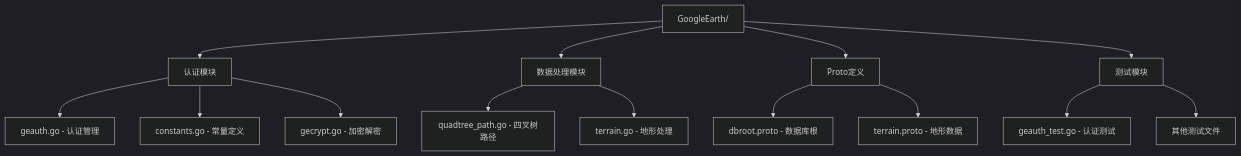
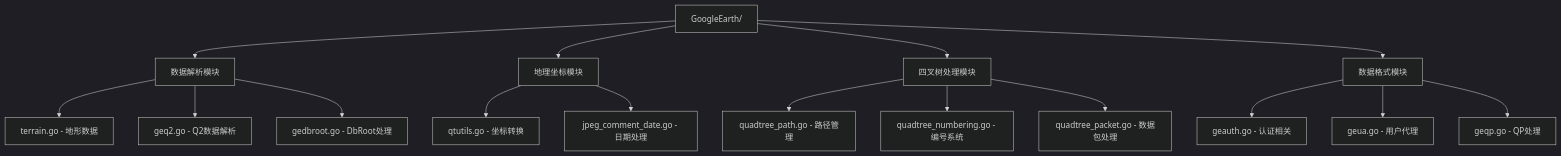
Before and after one commit to vistone/crawler-platform: the first of 16 diagrams in .qoder/repowiki/zh/content/核心功能/Google Earth 认证.md, drawn with Mermaid (dark theme). The commit also changed other lines of this file and 40 other files, not shown here.

````diff
--- a/.qoder/repowiki/zh/content/核心功能/Google Earth 认证.md
+++ b/.qoder/repowiki/zh/content/核心功能/Google Earth 认证.md
@@ -48,16 +64,18 @@
 ```mermaid
 graph TD
-A[GoogleEarth/] --> B[认证模块]
-A --> C[数据处理模块]
-A --> D[Proto定义]
-A --> E[测试模块]
-B --> B1[geauth.go - 认证管理]
-B --> B2[constants.go - 常量定义]
-B --> B3[gecrypt.go - 加密解密]
-C --> C1[quadtree_path.go - 四叉树路径]
-C --> C2[terrain.go - 地形处理]
-D --> D1[dbroot.proto - 数据库根]
-D --> D2[terrain.proto - 地形数据]
-E --> E1[geauth_test.go - 认证测试]
-E --> E2[其他测试文件]
+A[GoogleEarth/] --> B[数据解析模块]
+A --> C[地理坐标模块]
+A --> D[四叉树处理模块]
+A --> E[数据格式模块]
+B --> B1[terrain.go - 地形数据]
+B --> B2[geq2.go - Q2数据解析]
+B --> B3[gedbroot.go - DbRoot处理]
+C --> C1[qtutils.go - 坐标转换]
+C --> C2[jpeg_comment_date.go - 日期处理]
+D --> D1[quadtree_path.go - 路径管理]
+D --> D2[quadtree_numbering.go - 编号系统]
+D --> D3[quadtree_packet.go - 数据包处理]
+E --> E1[geauth.go - 认证相关]
+E --> E2[geua.go - 用户代理]
+E --> E3[geqp.go - QP处理]
 ```
````
